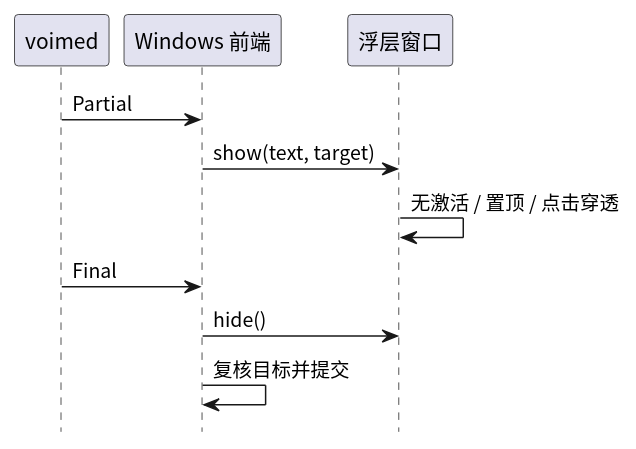
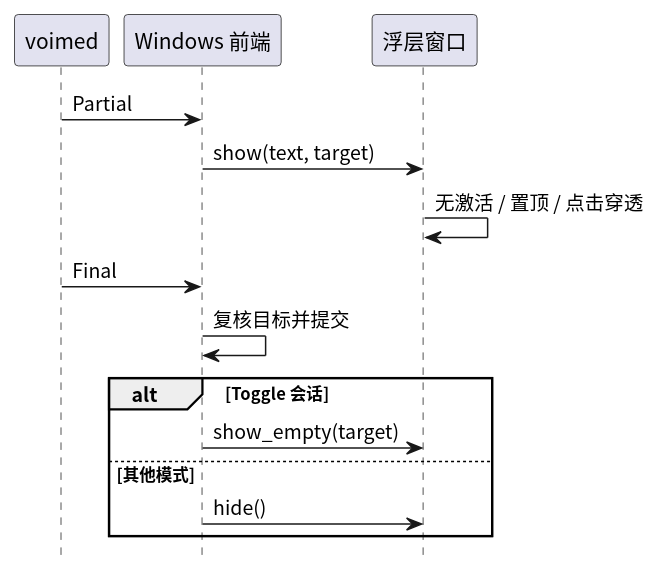
One commit to 54m43lJ/voime changed the diagram in frontends/windows/diagram/overlay.puml. Above: the diagram before and after it, drawn with PlantUML. The commit also changed 23 other files, not shown here.

```diff
--- a/frontends/windows/diagram/overlay.puml
+++ b/frontends/windows/diagram/overlay.puml
@@ -1,16 +1,20 @@
 @startuml
 skinparam defaultFontName "Noto Sans CJK SC"
 skinparam shadowing false
 hide footbox
 
 participant "voimed" as Daemon
 participant "Windows 前端" as Frontend
 participant "浮层窗口" as Overlay
 
 Daemon -> Frontend : Partial
 Frontend -> Overlay : show(text, target)
 Overlay -> Overlay : 无激活 / 置顶 / 点击穿透
 Daemon -> Frontend : Final
-Frontend -> Overlay : hide()
 Frontend -> Frontend : 复核目标并提交
+alt Toggle 会话
+  Frontend -> Overlay : show_empty(target)
+else 其他模式
+  Frontend -> Overlay : hide()
+end
 @enduml
```
